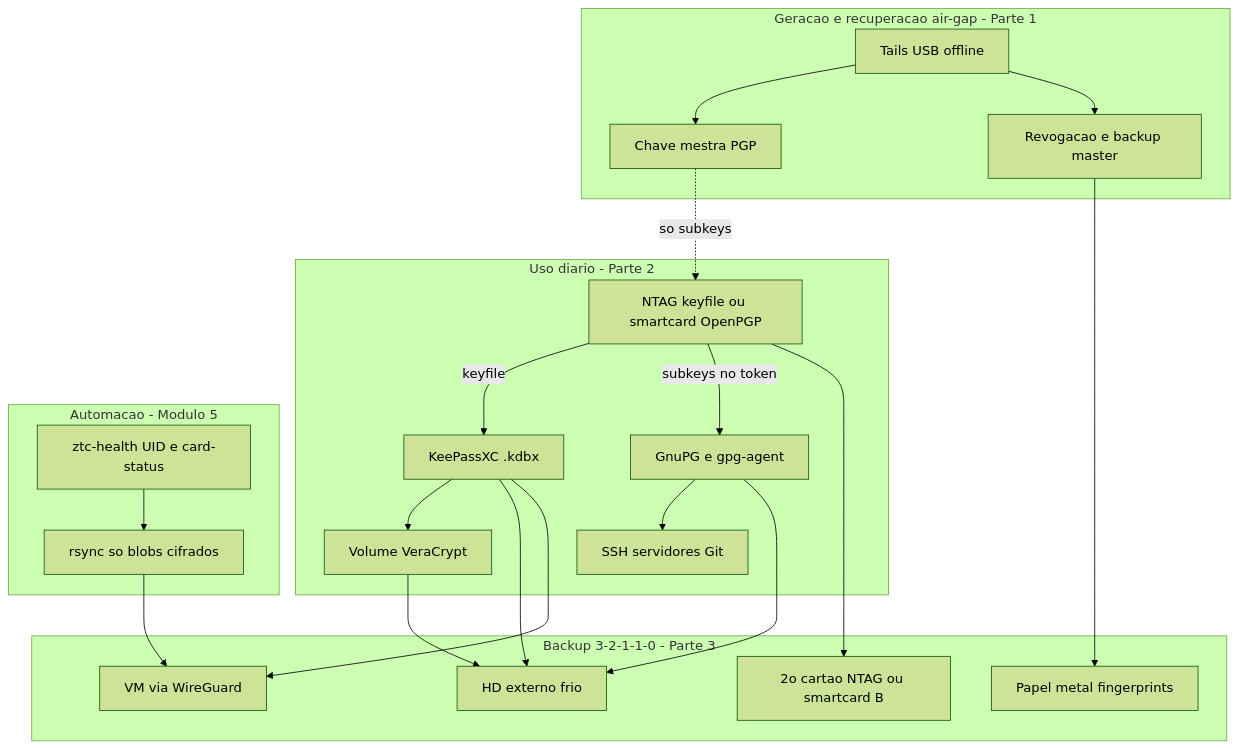
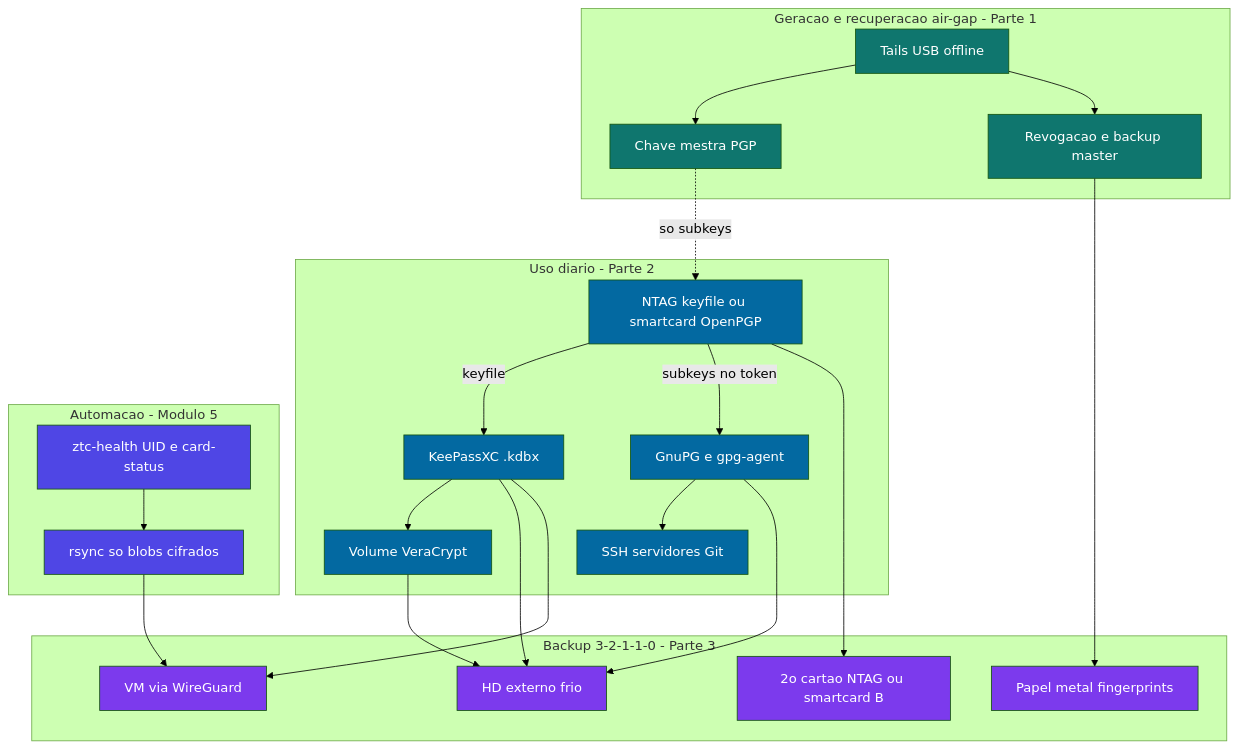
One commit to VIPs-com/Zero-Trust-Core changed the third of 9 diagrams in 🎓 Zero-Trust-Core-Expert - Versão 1.0.md. Above: the diagram before and after it, drawn with Mermaid (forest theme). The commit also changed other lines of this file and 5 other files, not shown here.

First line of the commit message:
Adiciona cores nos diagramas Mermaid e docs/DIAGRAMAS-VISUAIS.md.

````diff
--- a/🎓 Zero-Trust-Core-Expert - Versão 1.0.md
+++ b/🎓 Zero-Trust-Core-Expert - Versão 1.0.md
@@ -327,43 +367,53 @@
 ```mermaid
 flowchart TB
     subgraph uso_diario["Uso diario - Parte 2"]
         NFC["NTAG keyfile ou smartcard OpenPGP"]
         KC["KeePassXC .kdbx"]
         VC["Volume VeraCrypt"]
         GPG["GnuPG e gpg-agent"]
         SSH["SSH servidores Git"]
         NFC -->|keyfile| KC
         KC --> VC
         NFC -->|subkeys no token| GPG
         GPG --> SSH
     end
 
     subgraph airgap_gen["Geracao e recuperacao air-gap - Parte 1"]
         TAILS["Tails USB offline"]
         MASTER["Chave mestra PGP"]
         REV["Revogacao e backup master"]
         TAILS --> MASTER
         TAILS --> REV
         MASTER -.->|so subkeys| NFC
     end
 
     subgraph backup["Backup 3-2-1-1-0 - Parte 3"]
         LOCAL["HD externo frio"]
         OFFSITE["VM via WireGuard"]
         PHYS["2o cartao NTAG ou smartcard B"]
         IMMUT["Papel metal fingerprints"]
         KC --> LOCAL
         VC --> LOCAL
         KC --> OFFSITE
         GPG --> LOCAL
         REV --> IMMUT
         NFC --> PHYS
     end
 
     subgraph automacao["Automacao - Modulo 5"]
         HC["ztc-health UID e card-status"]
         RSYNC["rsync so blobs cifrados"]
         HC --> RSYNC
         RSYNC --> OFFSITE
     end
+
+    classDef airgap fill:#0f766e,color:#fff
+    classDef camada fill:#0369a1,color:#fff
+    classDef resiliencia fill:#7c3aed,color:#fff
+    classDef automacao fill:#4f46e5,color:#fff
+
+    class TAILS,MASTER,REV airgap
+    class NFC,KC,VC,GPG,SSH camada
+    class LOCAL,OFFSITE,PHYS,IMMUT resiliencia
+    class HC,RSYNC automacao
 ```
````
